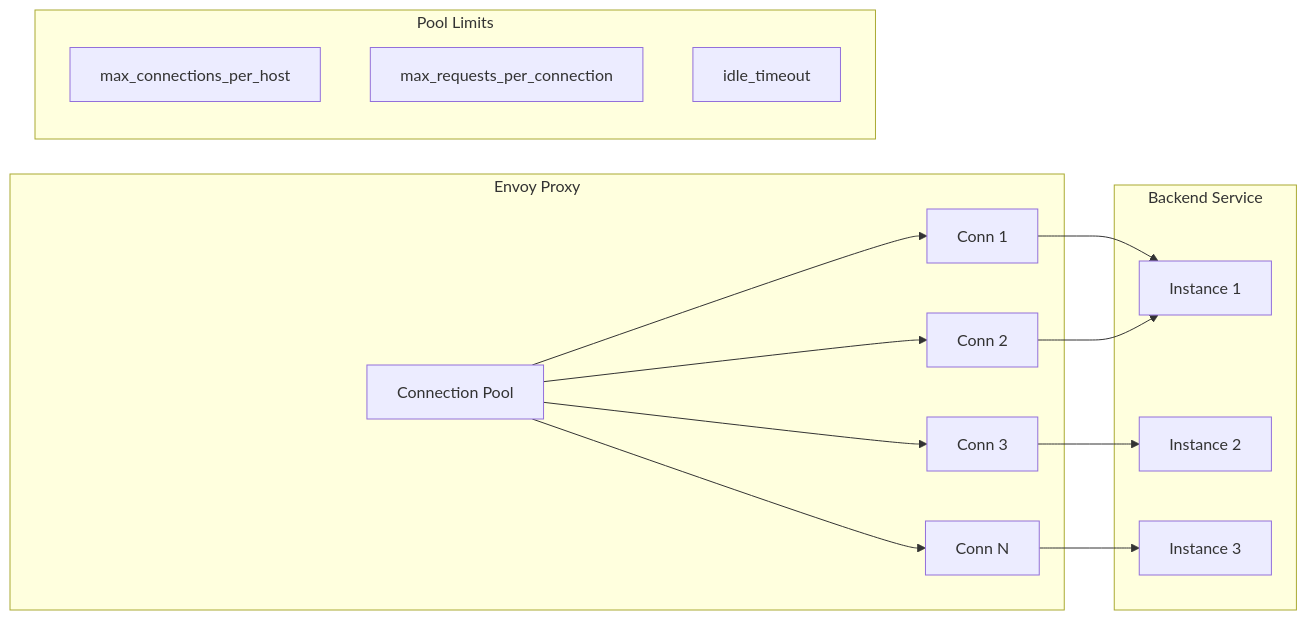
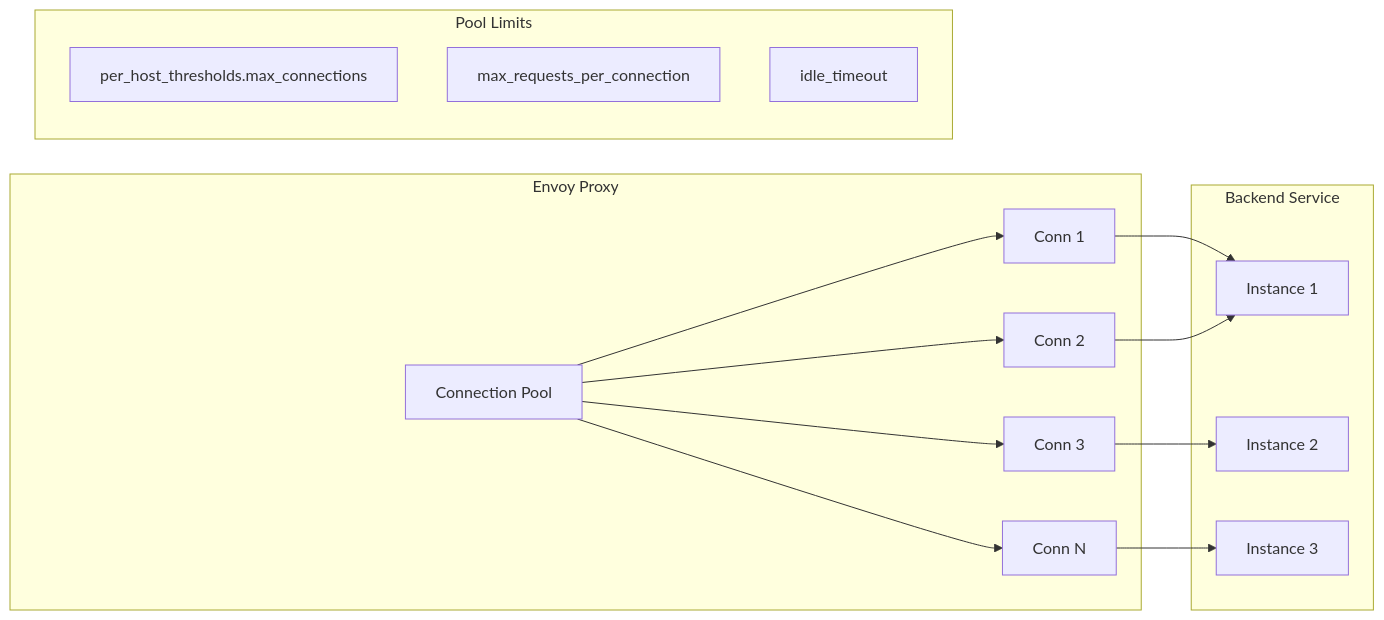
One commit to OneUptime/blog changed the third of 4 diagrams in posts/2026-01-27-envoy-circuit-breaker/README.md. Above: the diagram before and after it, drawn with Mermaid. The commit also changed other lines of this file and 2 other files, not shown here.

````diff
--- a/posts/2026-01-27-envoy-circuit-breaker/README.md
+++ b/posts/2026-01-27-envoy-circuit-breaker/README.md
@@ -294,27 +294,27 @@
 ```mermaid
 flowchart LR
     subgraph Envoy["Envoy Proxy"]
         CP[Connection Pool]
         CP --> C1[Conn 1]
         CP --> C2[Conn 2]
         CP --> C3[Conn 3]
         CP --> CN[Conn N]
     end
 
     subgraph Backend["Backend Service"]
         B1[Instance 1]
         B2[Instance 2]
         B3[Instance 3]
     end
 
     C1 --> B1
     C2 --> B1
     C3 --> B2
     CN --> B3
 
     subgraph Limits["Pool Limits"]
-        L1[max_connections_per_host]
+        L1[per_host_thresholds.max_connections]
         L2[max_requests_per_connection]
         L3[idle_timeout]
     end
 ```
````
